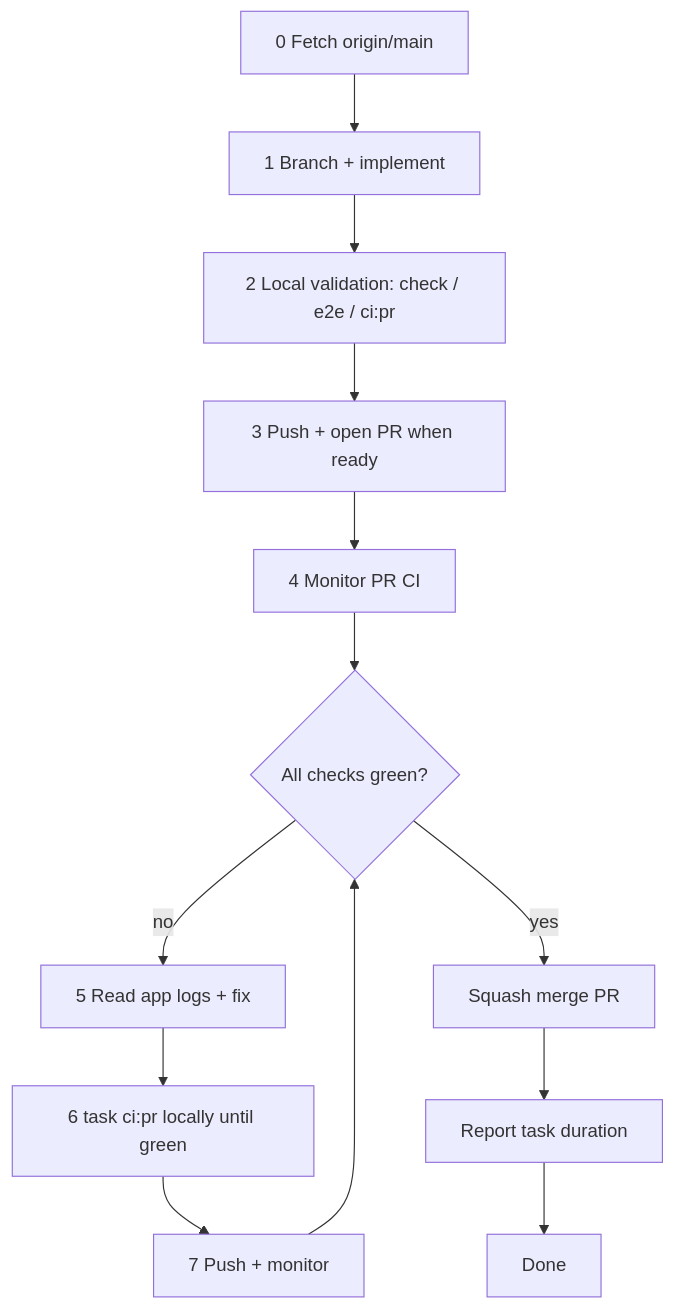
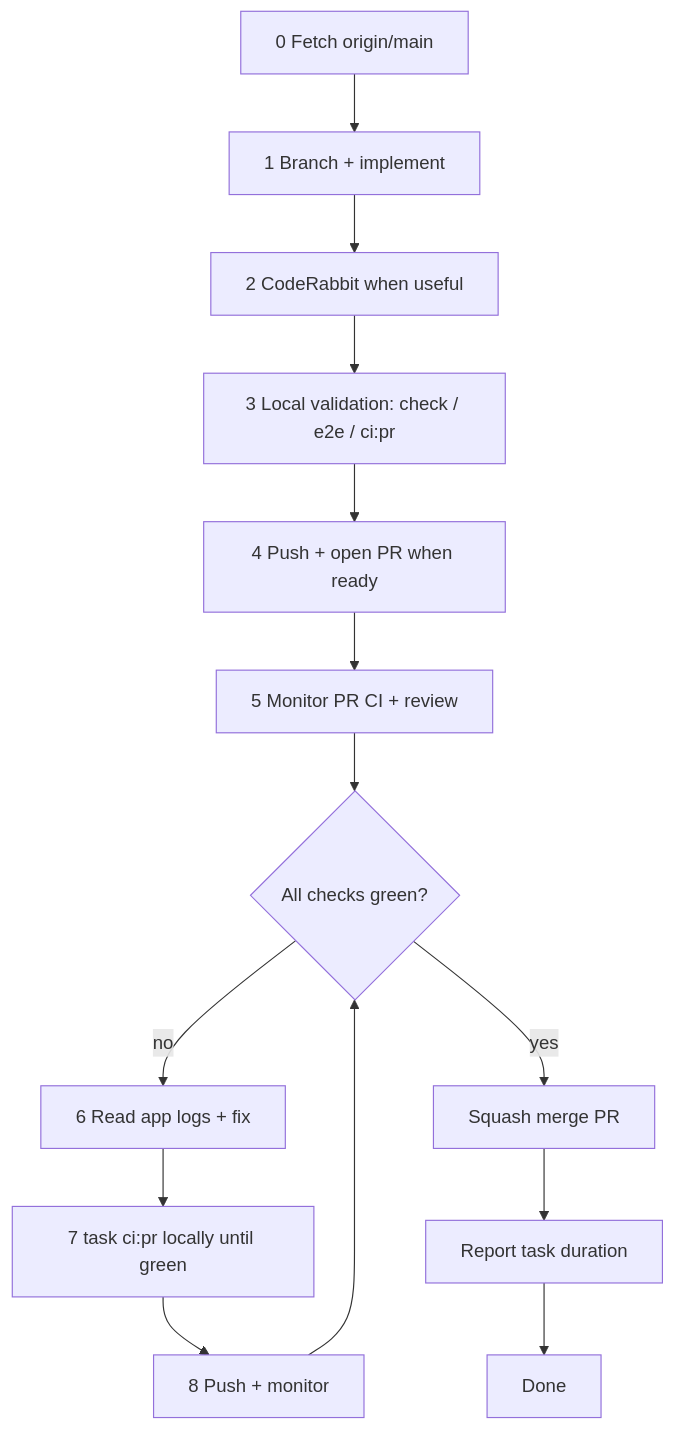
One commit to meta-secret/nook changed the diagram in .cortex/workflows/pull-requests.md. Above: the diagram before and after it, drawn with Mermaid. The commit also changed other lines of this file and 3 other files, not shown here.

Commit message:
docs: add CodeRabbit agent workflow

````diff
--- a/.cortex/workflows/pull-requests.md
+++ b/.cortex/workflows/pull-requests.md
@@ -24,15 +24,16 @@
 ```mermaid
 flowchart TD
   Z[0 Fetch origin/main] --> A[1 Branch + implement]
-  A --> B[2 Local validation: check / e2e / ci:pr]
-  B --> E[3 Push + open PR when ready]
-  E --> F[4 Monitor PR CI]
+  A --> CR[2 CodeRabbit when useful]
+  CR --> B[3 Local validation: check / e2e / ci:pr]
+  B --> E[4 Push + open PR when ready]
+  E --> F[5 Monitor PR CI + review]
   F --> G{All checks green?}
-  G -->|no| H[5 Read app logs + fix]
-  H --> FULL[6 task ci:pr locally until green]
-  FULL --> PUSH[7 Push + monitor]
+  G -->|no| H[6 Read app logs + fix]
+  H --> FULL[7 task ci:pr locally until green]
+  FULL --> PUSH[8 Push + monitor]
   PUSH --> G
   G -->|yes| I[Squash merge PR]
   I --> J[Report task duration]
   J --> K[Done]
 ```
````
